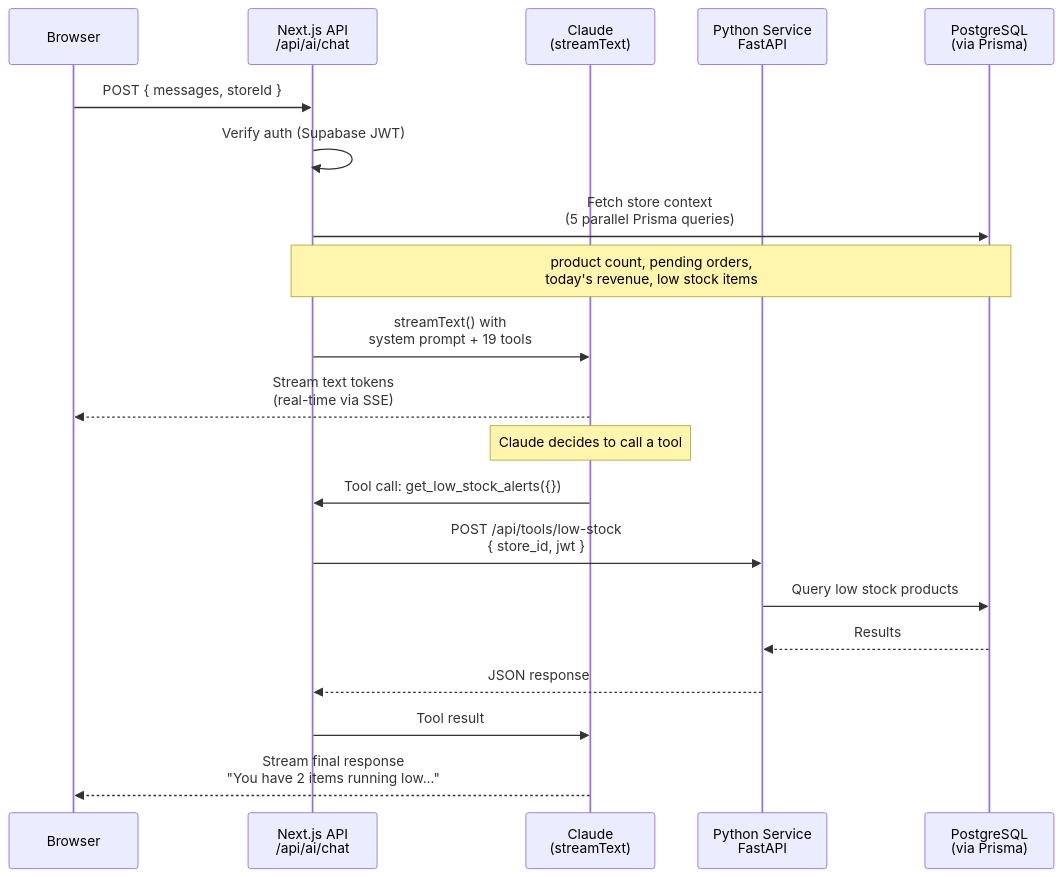
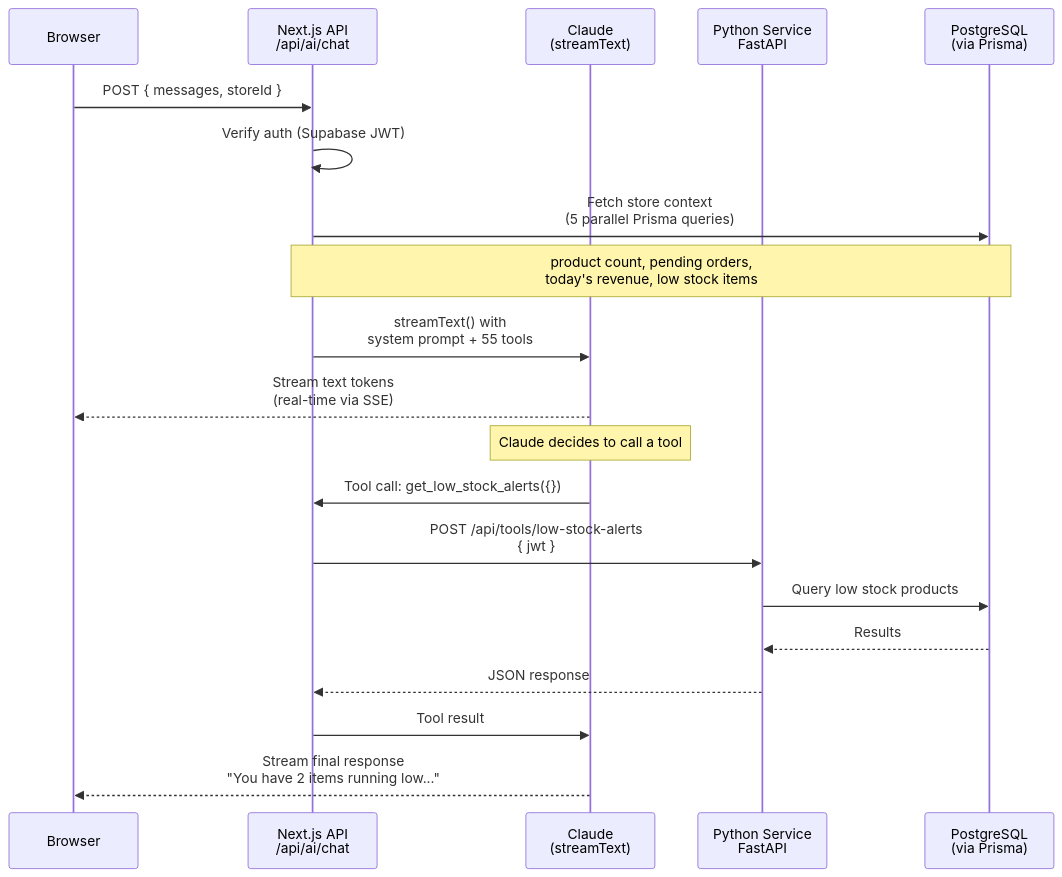
Before and after one commit to khamseaffan/stoca: the first of 3 diagrams in docs/ARCHITECTURE.md, drawn with Mermaid. The commit also changed other lines of this file and 16 other files, not shown here.

First line of the commit message:
feat: expand AI tools from 19 to 55 with modular Python backend (#7)

````diff
--- a/docs/ARCHITECTURE.md
+++ b/docs/ARCHITECTURE.md
@@ -16,26 +16,26 @@
 ```mermaid
 sequenceDiagram
     participant Browser
     participant NextJS as Next.js API<br/>/api/ai/chat
     participant Claude as Claude<br/>(streamText)
     participant Python as Python Service<br/>FastAPI
     participant DB as PostgreSQL<br/>(via Prisma)
 
     Browser->>NextJS: POST { messages, storeId }
     NextJS->>NextJS: Verify auth (Supabase JWT)
     NextJS->>DB: Fetch store context<br/>(5 parallel Prisma queries)
     Note over NextJS,DB: product count, pending orders,<br/>today's revenue, low stock items
-    NextJS->>Claude: streamText() with<br/>system prompt + 19 tools
+    NextJS->>Claude: streamText() with<br/>system prompt + 55 tools
     
     Claude-->>Browser: Stream text tokens<br/>(real-time via SSE)
     
     Note over Claude: Claude decides to call a tool
     Claude->>NextJS: Tool call: get_low_stock_alerts({})
-    NextJS->>Python: POST /api/tools/low-stock<br/>{ store_id, jwt }
+    NextJS->>Python: POST /api/tools/low-stock-alerts<br/>{ jwt }
     Python->>DB: Query low stock products
     DB-->>Python: Results
     Python-->>NextJS: JSON response
     NextJS->>Claude: Tool result
     
     Claude-->>Browser: Stream final response<br/>"You have 2 items running low..."
 ```
````
